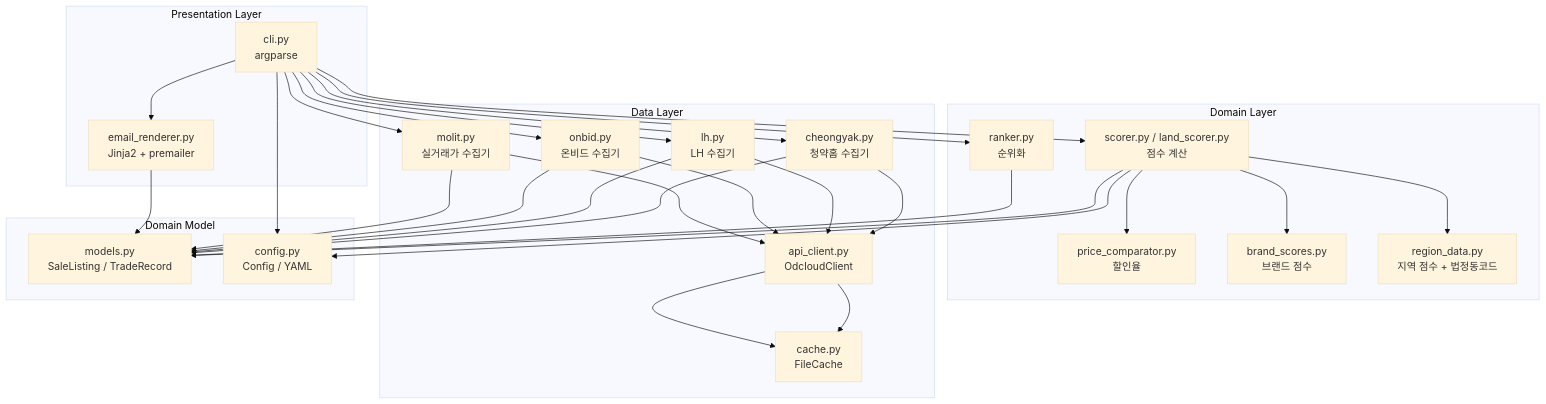
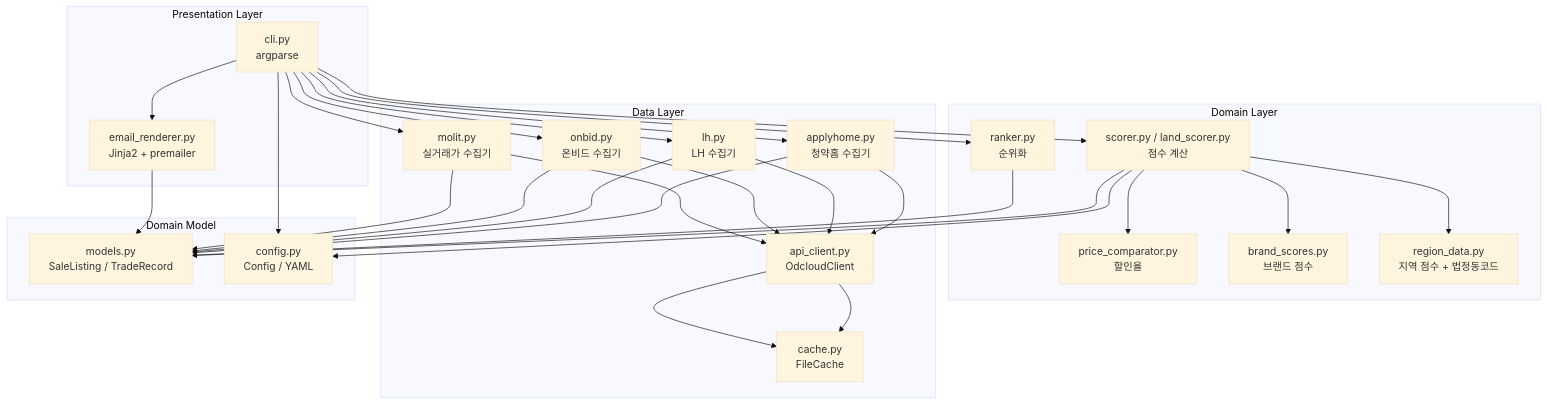
One commit to icarus-inte01/sandbox changed the third of 17 diagrams in housing/DESIGN.md. Above: the diagram before and after it, drawn with Mermaid (base theme). The commit also changed other lines of this file and 9 other files, not shown here.

Commit message:
refactor: cheongyak → applyhome 리네이밍 — 공식 API명(ApplyhomeInfoDetailSvc) 기준

````diff
--- a/housing/DESIGN.md
+++ b/housing/DESIGN.md
@@ -120,41 +120,41 @@
 ```mermaid
 graph TB
     subgraph Presentation["Presentation Layer"]
         CLI[cli.py<br/>argparse]
         RENDER[email_renderer.py<br/>Jinja2 + premailer]
     end
 
     subgraph Domain["Domain Layer"]
         SCORER[scorer.py / land_scorer.py<br/>점수 계산]
         RANKER[ranker.py<br/>순위화]
         PRICE[price_comparator.py<br/>할인율]
         BRAND[brand_scores.py<br/>브랜드 점수]
         REGION[region_data.py<br/>지역 점수 + 법정동코드]
     end
 
     subgraph Data["Data Layer"]
-        CHEONG[cheongyak.py<br/>청약홈 수집기]
+        APPHOME[applyhome.py<br/>청약홈 수집기]
         LH[lh.py<br/>LH 수집기]
         ONBID[onbid.py<br/>온비드 수집기]
         MOLIT[molit.py<br/>실거래가 수집기]
         CACHE[cache.py<br/>FileCache]
         APICLIENT[api_client.py<br/>OdcloudClient]
     end
 
     subgraph DomainModel["Domain Model"]
         MODELS[models.py<br/>SaleListing / TradeRecord]
         CONFIG[config.py<br/>Config / YAML]
     end
 
-    CLI --> CHEONG & LH & ONBID
+    CLI --> APPHOME & LH & ONBID
     CLI --> MOLIT
     CLI --> SCORER & RANKER
     CLI --> RENDER
-    CHEONG & LH & ONBID --> APICLIENT --> CACHE
+    APPHOME & LH & ONBID --> APICLIENT --> CACHE
     MOLIT --> APICLIENT --> CACHE
     SCORER --> BRAND & REGION & PRICE
     SCORER & RANKER & RENDER --> MODELS
-    CHEONG & LH & ONBID & MOLIT --> MODELS
+    APPHOME & LH & ONBID & MOLIT --> MODELS
     CLI --> CONFIG
     SCORER --> CONFIG
 ```
````
